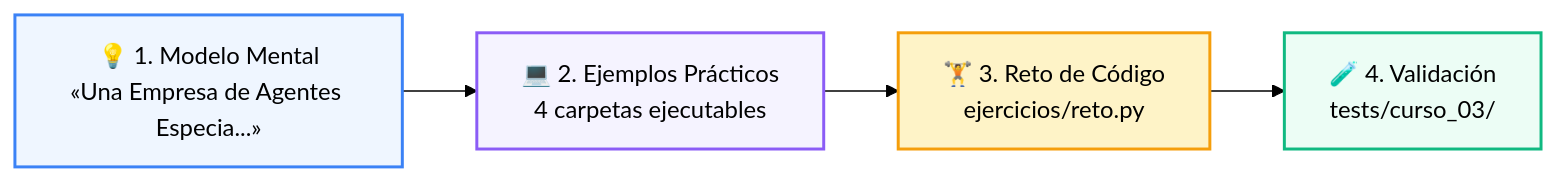
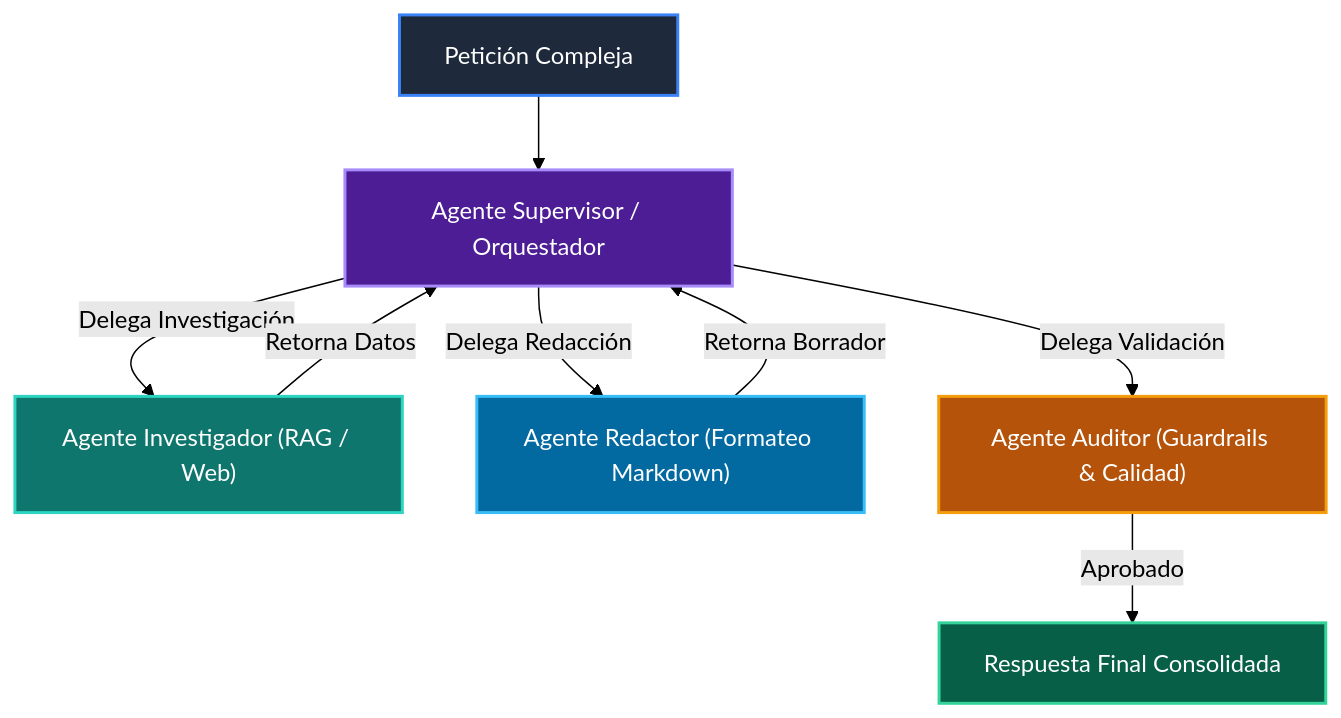
Before and after one commit to wisrovi/wisrovi-python: the diagram in 03-agentes-ia/clase-08-sistemas-multi-agente/README.md, drawn with Mermaid (forest theme). The commit also changed other lines of this file and 271 other files, not shown here.

Commit message:
docs: rewrite all README.md files with bespoke topic-specific Mermaid diagrams and remove repetitive boilerplate

````diff
--- a/03-agentes-ia/clase-08-sistemas-multi-agente/README.md
+++ b/03-agentes-ia/clase-08-sistemas-multi-agente/README.md
@@ -19,11 +12,17 @@
 ```mermaid
-flowchart LR
-    M["💡 1. Modelo Mental<br/>«Una Empresa de Agentes Especia...»"] --> E["💻 2. Ejemplos Prácticos<br/>4 carpetas ejecutables"]
-    E --> R["🏋️ 3. Reto de Código<br/>ejercicios/reto.py"]
-    R --> T["🧪 4. Validación<br/>tests/curso_03/"]
+flowchart TD
+    USER["Petición Compleja"] --> SUP["Agente Supervisor / Orquestador"]
+    SUP -->|Delega Investigación| AG1["Agente Investigador (RAG / Web)"]
+    AG1 -->|Retorna Datos| SUP
+    SUP -->|Delega Redacción| AG2["Agente Redactor (Formateo Markdown)"]
+    AG2 -->|Retorna Borrador| SUP
+    SUP -->|Delega Validación| AG3["Agente Auditor (Guardrails & Calidad)"]
+    AG3 -->|Aprobado| OUT["Respuesta Final Consolidada"]
 
-    style M fill:#eff6ff,stroke:#3b82f6,stroke-width:2px
-    style E fill:#f5f3ff,stroke:#8b5cf6,stroke-width:2px
-    style R fill:#fef3c7,stroke:#f59e0b,stroke-width:2px
-    style T fill:#ecfdf5,stroke:#10b981,stroke-width:2px
+    style USER fill:#1e293b,color:#fff,stroke:#3b82f6,stroke-width:2px
+    style SUP fill:#4c1d95,color:#fff,stroke:#a78bfa,stroke-width:2px
+    style AG1 fill:#0f766e,color:#fff,stroke:#2dd4bf,stroke-width:2px
+    style AG2 fill:#0369a1,color:#fff,stroke:#38bdf8,stroke-width:2px
+    style AG3 fill:#b45309,color:#fff,stroke:#f59e0b,stroke-width:2px
+    style OUT fill:#065f46,color:#fff,stroke:#34d399,stroke-width:2px
 ```
````
